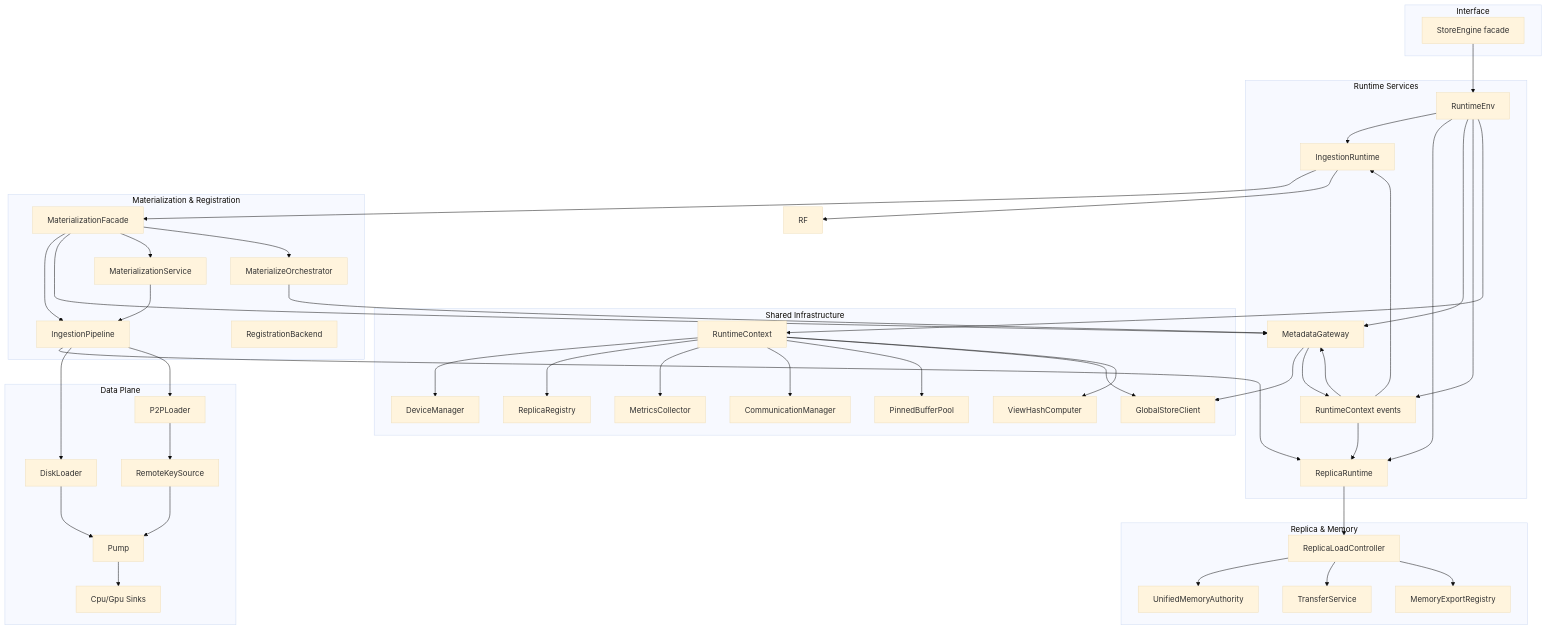
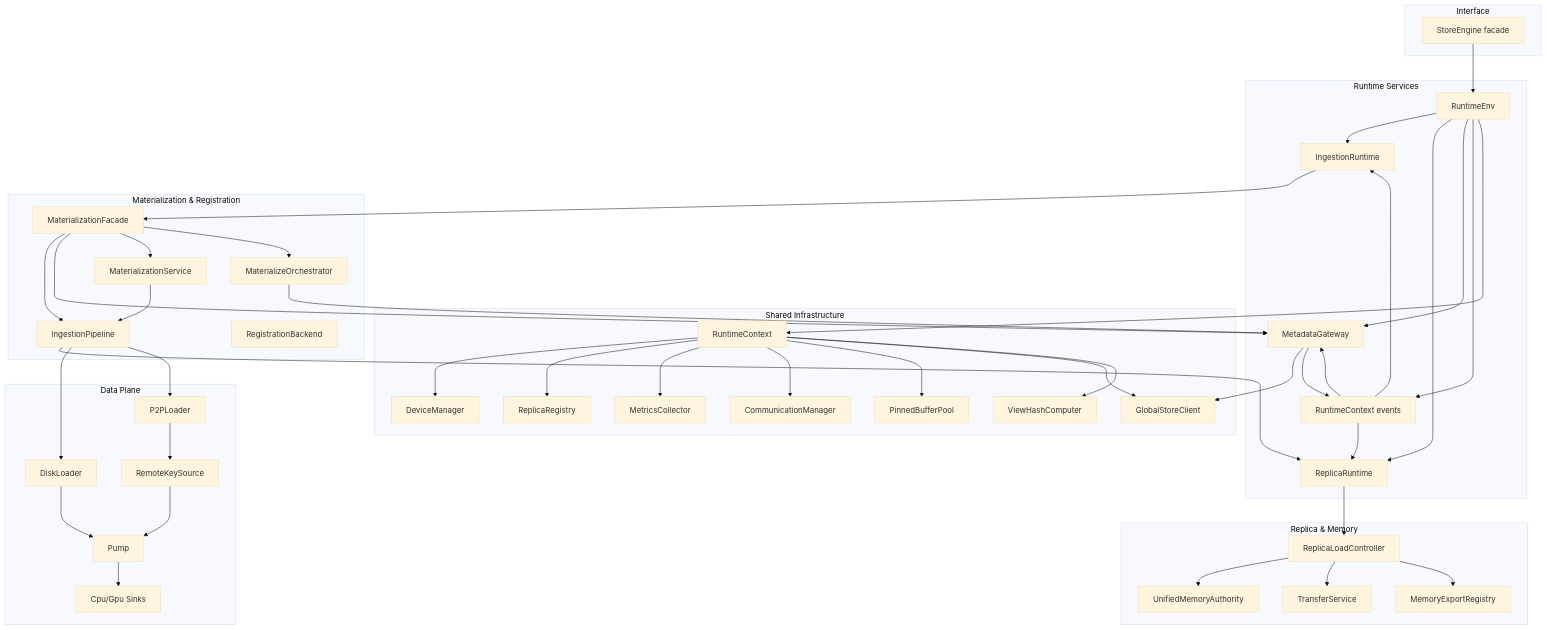
Before and after one commit to tensorcast-ai/tensorcast: the first of 4 diagrams in core/store/docs/architecture.md, drawn with Mermaid (base theme). The commit also changed other lines of this file, not shown here.

````diff
--- a/core/store/docs/architecture.md
+++ b/core/store/docs/architecture.md
@@ -16,81 +16,80 @@
 ```mermaid
 graph TB
     subgraph "Interface"
         SE[StoreEngine facade]
     end
     subgraph "Runtime Services"
         RE[RuntimeEnv]
         IR[IngestionRuntime]
         RR[ReplicaRuntime]
         MG[MetadataGateway]
         EH[RuntimeContext events]
     end
     subgraph "Shared Infrastructure"
         CC[RuntimeContext]
         DM[DeviceManager]
         REG[ReplicaRegistry]
         MC[MetricsCollector]
         COMM[CommunicationManager]
         PB[PinnedBufferPool]
         GSC[GlobalStoreClient]
         VHC[ViewHashComputer]
     end
     subgraph "Materialization & Registration"
         MF[MaterializationFacade]
         IP[IngestionPipeline]
         RB[RegistrationBackend]
         MG[MetadataGateway]
         MZ[MaterializationService]
         MO[MaterializeOrchestrator]
     end
     subgraph "Replica & Memory"
         RLC[ReplicaLoadController]
         UMA[UnifiedMemoryAuthority]
         MER[MemoryExportRegistry]
         TS[TransferService]
     end
     subgraph "Data Plane"
         DL[DiskLoader]
         PL[P2PLoader]
         RKS[RemoteKeySource]
         Pump[Pump]
         Sink[Cpu/Gpu Sinks]
     end
     SE --> RE
     RE --> IR
     RE --> RR
     RE --> MG
     RE --> EH
     RE --> CC
     CC --> DM
     CC --> REG
     CC --> MC
     CC --> COMM
     CC --> PB
     CC --> GSC
     CC --> VHC
     IR --> MF
     MF --> IP
     MF --> MG
-    IR --> RF
     MF --> MZ
     MZ --> IP
     MF --> MO
     MO --> MG
     IP --> RR
     RR --> RLC
     RLC --> UMA
     RLC --> TS
     RLC --> MER
     IP --> DL
     IP --> PL
     PL --> RKS
     DL --> Pump
     RKS --> Pump
     Pump --> Sink
     MG --> GSC
     MG --> EH
     EH --> RR
     EH --> IR
     EH --> MG
 ```
````
